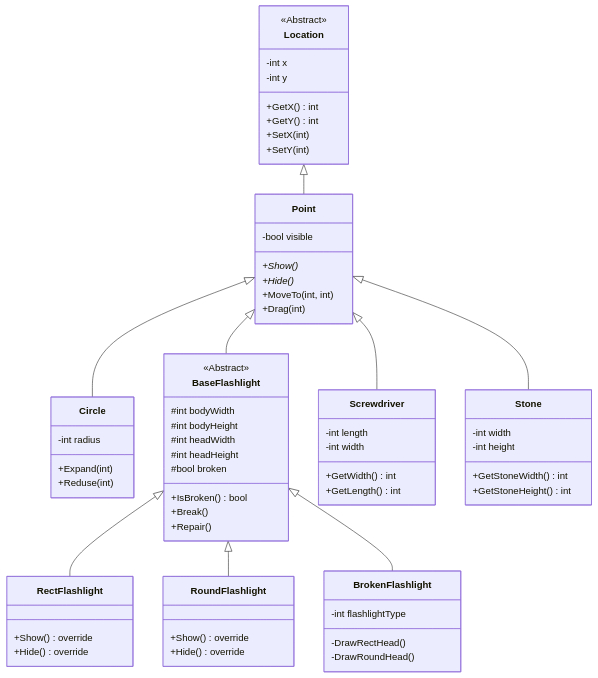
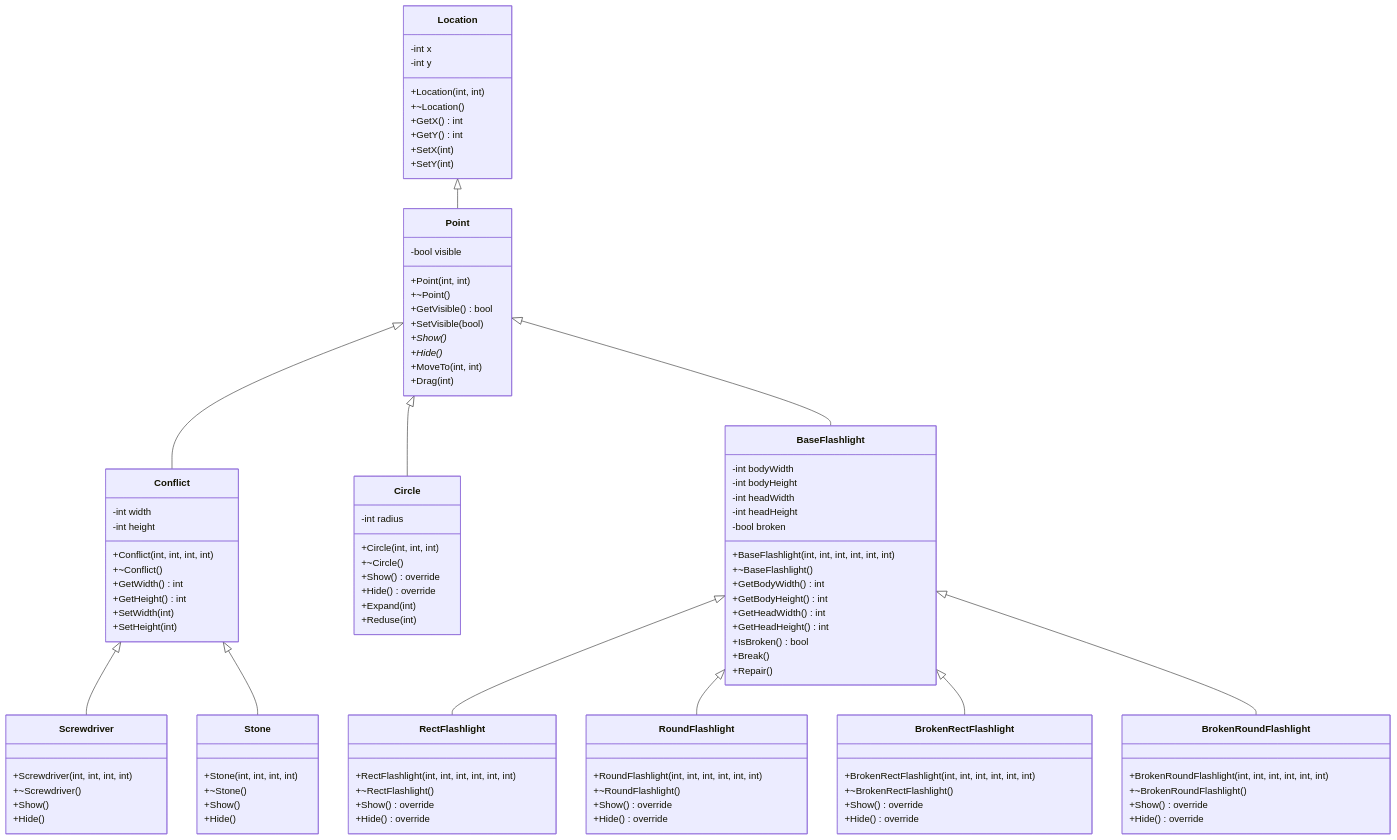
The diagram in 3SEM/Visual Stuadio 2017/PZ01/diagram.md (ZeroD1vision/Programming), drawn with Mermaid before and after one commit. The commit also changed 127 other files, not shown here.

````diff
--- a/3SEM/Visual Stuadio 2017/PZ01/diagram.md
+++ b/3SEM/Visual Stuadio 2017/PZ01/diagram.md
@@ -5,12 +5,10 @@
 ```mermaid
 classDiagram
-    direction TB
-
-    %% Базовые классы
     class Location {
-        <<Abstract>>
         -int x
         -int y
+        +Location(int, int)
+        +~Location()
         +GetX() int
         +GetY() int
         +SetX(int)
@@ -19,69 +17,107 @@
 
     class Point {
         -bool visible
+        +Point(int, int)
+        +~Point()
+        +GetVisible() bool
+        +SetVisible(bool)
         +Show()*
         +Hide()*
         +MoveTo(int, int)
         +Drag(int)
     }
 
-    %% Специализированные классы
+    class Conflict {
+        -int width
+        -int height
+        +Conflict(int, int, int, int)
+        +~Conflict()
+        +GetWidth() int
+        +GetHeight() int
+        +SetWidth(int)
+        +SetHeight(int)
+    }
+
     class Circle {
         -int radius
+        +Circle(int, int, int)
+        +~Circle()
+        +Show() override
+        +Hide() override
         +Expand(int)
         +Reduse(int)
     }
 
     class BaseFlashlight {
-        <<Abstract>>
-        #int bodyWidth
-        #int bodyHeight
-        #int headWidth
-        #int headHeight
-        #bool broken
+        -int bodyWidth
+        -int bodyHeight
+        -int headWidth
+        -int headHeight
+        -bool broken
+        +BaseFlashlight(int, int, int, int, int, int)
+        +~BaseFlashlight()
+        +GetBodyWidth() int
+        +GetBodyHeight() int
+        +GetHeadWidth() int
+        +GetHeadHeight() int
         +IsBroken() bool
         +Break()
         +Repair()
     }
 
-    %% Конкретные реализации
     class RectFlashlight {
+        +RectFlashlight(int, int, int, int, int, int)
+        +~RectFlashlight()
         +Show() override
         +Hide() override
     }
 
     class RoundFlashlight {
+        +RoundFlashlight(int, int, int, int, int, int)
+        +~RoundFlashlight()
         +Show() override
         +Hide() override
     }
 
-    class BrokenFlashlight {
-        -int flashlightType
-        -DrawRectHead()
-        -DrawRoundHead()
+    class BrokenRectFlashlight {
+        +BrokenRectFlashlight(int, int, int, int, int, int)
+        +~BrokenRectFlashlight()
+        +Show() override
+        +Hide() override
+    }
+
+    class BrokenRoundFlashlight {
+        +BrokenRoundFlashlight(int, int, int, int, int, int)
+        +~BrokenRoundFlashlight()
+        +Show() override
+        +Hide() override
     }
 
     class Screwdriver {
-        -int length
-        -int width
-        +GetWidth() int
-        +GetLength() int
+        +Screwdriver(int, int, int, int)
+        +~Screwdriver()
+        +Show()
+        +Hide()
     }
 
     class Stone {
-        -int width
-        -int height
-        +GetStoneWidth() int
-        +GetStoneHeight() int
+        +Stone(int, int, int, int)
+        +~Stone()
+        +Show()
+        +Hide()
     }
 
-    %% Иерархия наследования
     Location <|-- Point
     Point <|-- Circle
+    Point <|-- Conflict
     Point <|-- BaseFlashlight
-    Point <|-- Screwdriver
-    Point <|-- Stone
+    
+    Conflict <|-- Screwdriver
+    Conflict <|-- Stone
+    
     BaseFlashlight <|-- RectFlashlight
     BaseFlashlight <|-- RoundFlashlight
-    BaseFlashlight <|-- BrokenFlashlight
+    BaseFlashlight <|-- BrokenRectFlashlight
+    BaseFlashlight <|-- BrokenRoundFlashlight
+    
 ```
````
